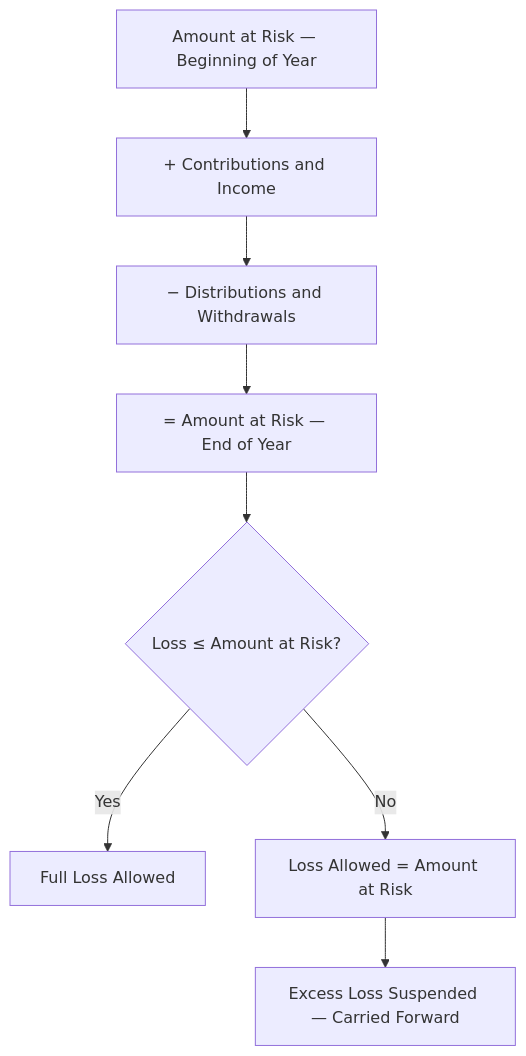
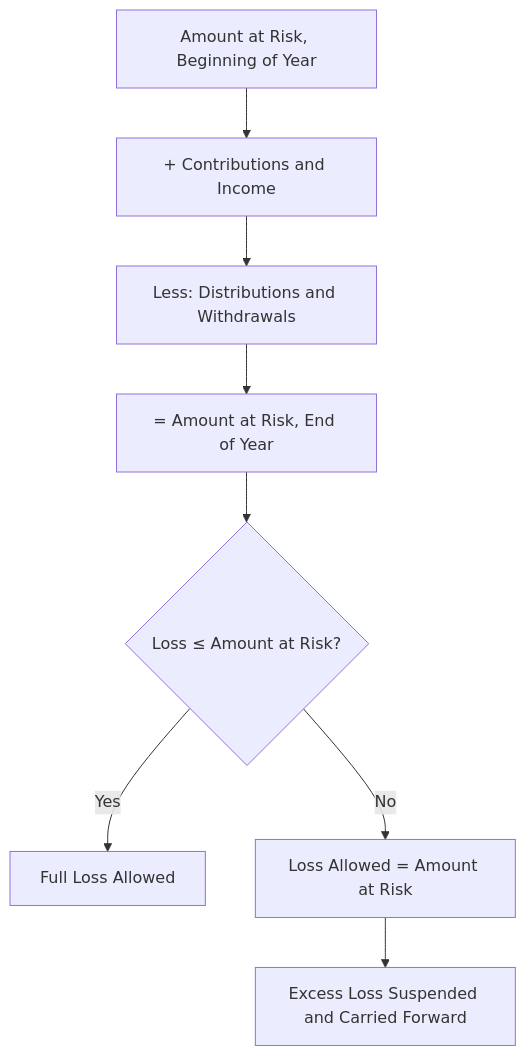
One commit to subwaymatch/cpabear-book changed the diagram in docs/tcp/passive-activity-and-at-risk-loss-limitations/passive-activity-and-at-risk-loss-limitations.md. Above: the diagram before and after it, drawn with Mermaid. The commit also changed other lines of this file and 222 other files, not shown here.

````diff
--- a/docs/tcp/passive-activity-and-at-risk-loss-limitations/passive-activity-and-at-risk-loss-limitations.md
+++ b/docs/tcp/passive-activity-and-at-risk-loss-limitations/passive-activity-and-at-risk-loss-limitations.md
@@ -43,10 +43,10 @@
 ```mermaid
 flowchart TD
-    A[Amount at Risk — Beginning of Year] --> B[+ Contributions and Income]
-    B --> C["− Distributions and Withdrawals"]
-    C --> D[= Amount at Risk — End of Year]
+    A[Amount at Risk, Beginning of Year] --> B[+ Contributions and Income]
+    B --> C["Less: Distributions and Withdrawals"]
+    C --> D[= Amount at Risk, End of Year]
     D --> E{"Loss ≤ Amount at Risk?"}
     E -->|Yes| F[Full Loss Allowed]
     E -->|No| G["Loss Allowed = Amount at Risk"]
-    G --> H[Excess Loss Suspended — Carried Forward]
+    G --> H[Excess Loss Suspended and Carried Forward]
 ```
````
